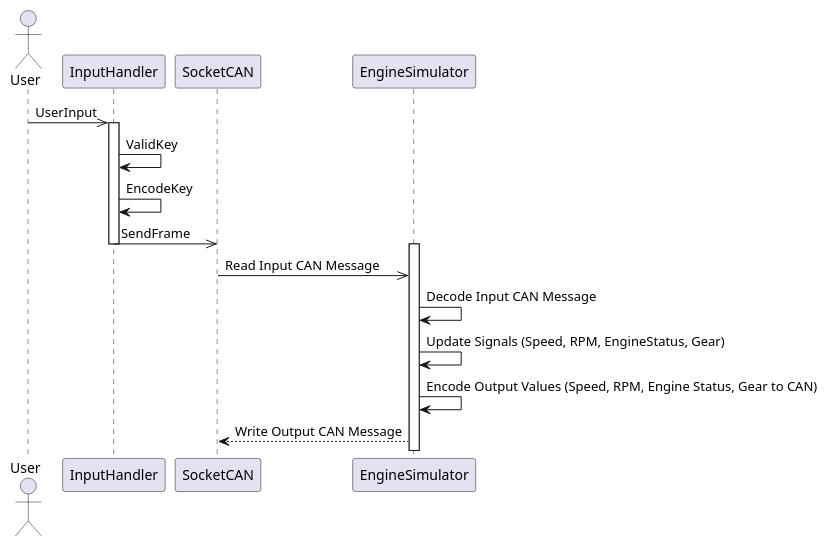
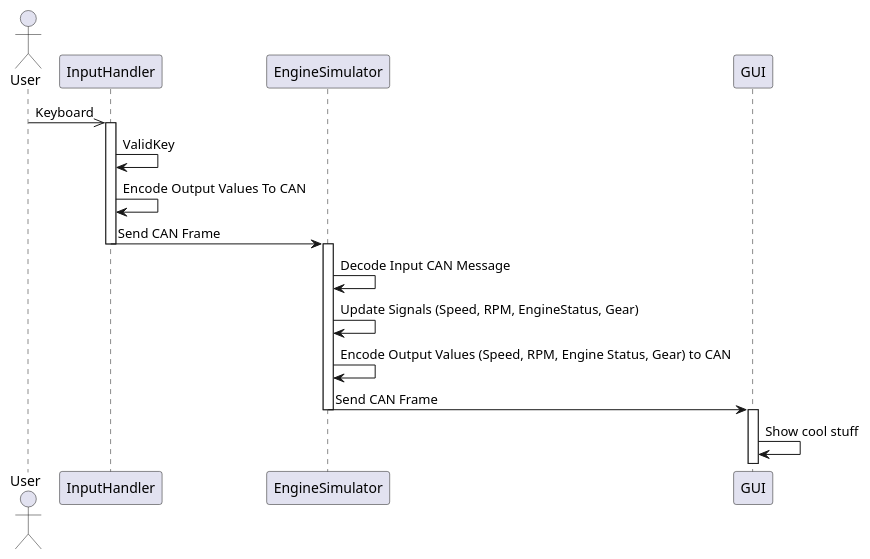
Before and after one commit to pepema/EGsim: the diagram in UserCases/SequenceDiagram.PLANTUML, drawn with PlantUML.

Commit message:
Updated sequence diagram

```diff
--- a/UserCases/SequenceDiagram.PLANTUML
+++ b/UserCases/SequenceDiagram.PLANTUML
@@ -1,29 +1,34 @@
 @startuml Sequence Diagram
 
 actor User
 
-User ->> InputHandler : UserInput
+
+User ->> InputHandler : Keyboard
 
 activate InputHandler
 
 InputHandler -> InputHandler : ValidKey
 
-InputHandler -> InputHandler : EncodeKey
+InputHandler -> InputHandler : Encode Output Values To CAN
 
-InputHandler ->> SocketCAN : SendFrame
+InputHandler -> EngineSimulator : Send CAN Frame
 
 deactivate InputHandler
 
 activate EngineSimulator
 
-SocketCAN ->> EngineSimulator : Read Input CAN Message
-
 EngineSimulator -> EngineSimulator : Decode Input CAN Message
 
 EngineSimulator -> EngineSimulator : Update Signals (Speed, RPM, EngineStatus, Gear)
 
-EngineSimulator -> EngineSimulator : Encode Output Values (Speed, RPM, Engine Status, Gear to CAN)
+EngineSimulator -> EngineSimulator : Encode Output Values (Speed, RPM, Engine Status, Gear) to CAN
 
-EngineSimulator --> SocketCAN : Write Output CAN Message
+EngineSimulator -> GUI : Send CAN Frame
+
+deactivate EngineSimulator
+
+activate GUI
+
+GUI -> GUI : Show cool stuff
 
 @enduml
```
